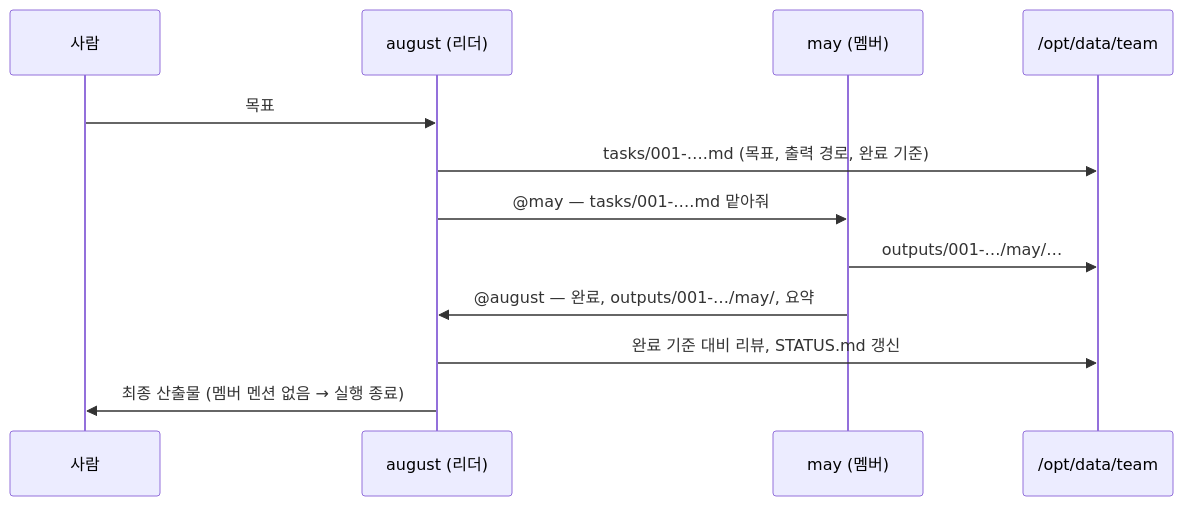
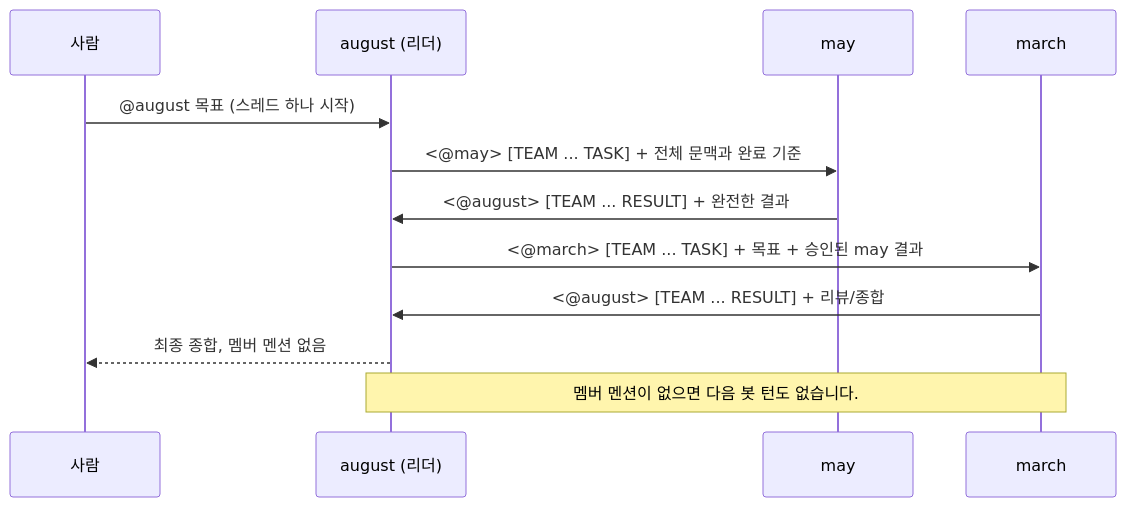
The diagram in docs/teams-ko.md (jyje/hermes-agent-helm), drawn with Mermaid before and after one commit. The commit also changed other lines of this file and 11 other files, not shown here.

````diff
--- a/docs/teams-ko.md
+++ b/docs/teams-ko.md
@@ -244,15 +253,15 @@
 ```mermaid
 sequenceDiagram
     participant H as 사람
     participant A as august (리더)
-    participant M as may (멤버)
-    participant W as /opt/data/team
+    participant M as may
+    participant R as march
 
-    H->>A: 목표
-    A->>W: tasks/001-….md (목표, 출력 경로, 완료 기준)
-    A->>M: @may — tasks/001-….md 맡아줘
-    M->>W: outputs/001-…/may/…
-    M->>A: @august — 완료, outputs/001-…/may/, 요약
-    A->>W: 완료 기준 대비 리뷰, STATUS.md 갱신
-    A->>H: 최종 산출물 (멤버 멘션 없음 → 실행 종료)
+    H->>A: @august 목표 (스레드 하나 시작)
+    A->>M: <@may> [TEAM ... TASK] + 전체 문맥과 완료 기준
+    M->>A: <@august> [TEAM ... RESULT] + 완전한 결과
+    A->>R: <@march> [TEAM ... TASK] + 목표 + 승인된 may 결과
+    R->>A: <@august> [TEAM ... RESULT] + 리뷰/종합
+    A-->>H: 최종 종합, 멤버 멘션 없음
+    Note over A,R: 멤버 멘션이 없으면 다음 봇 턴도 없습니다.
 ```
````
